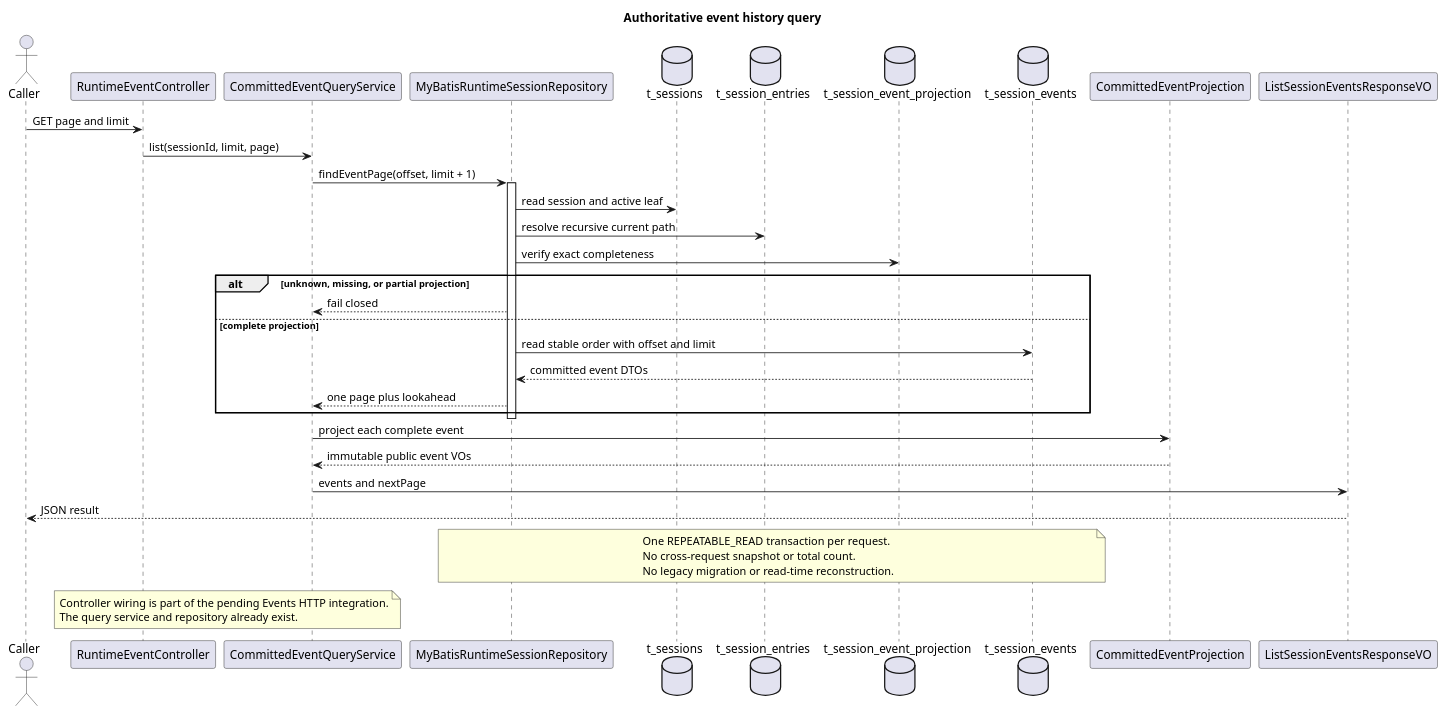
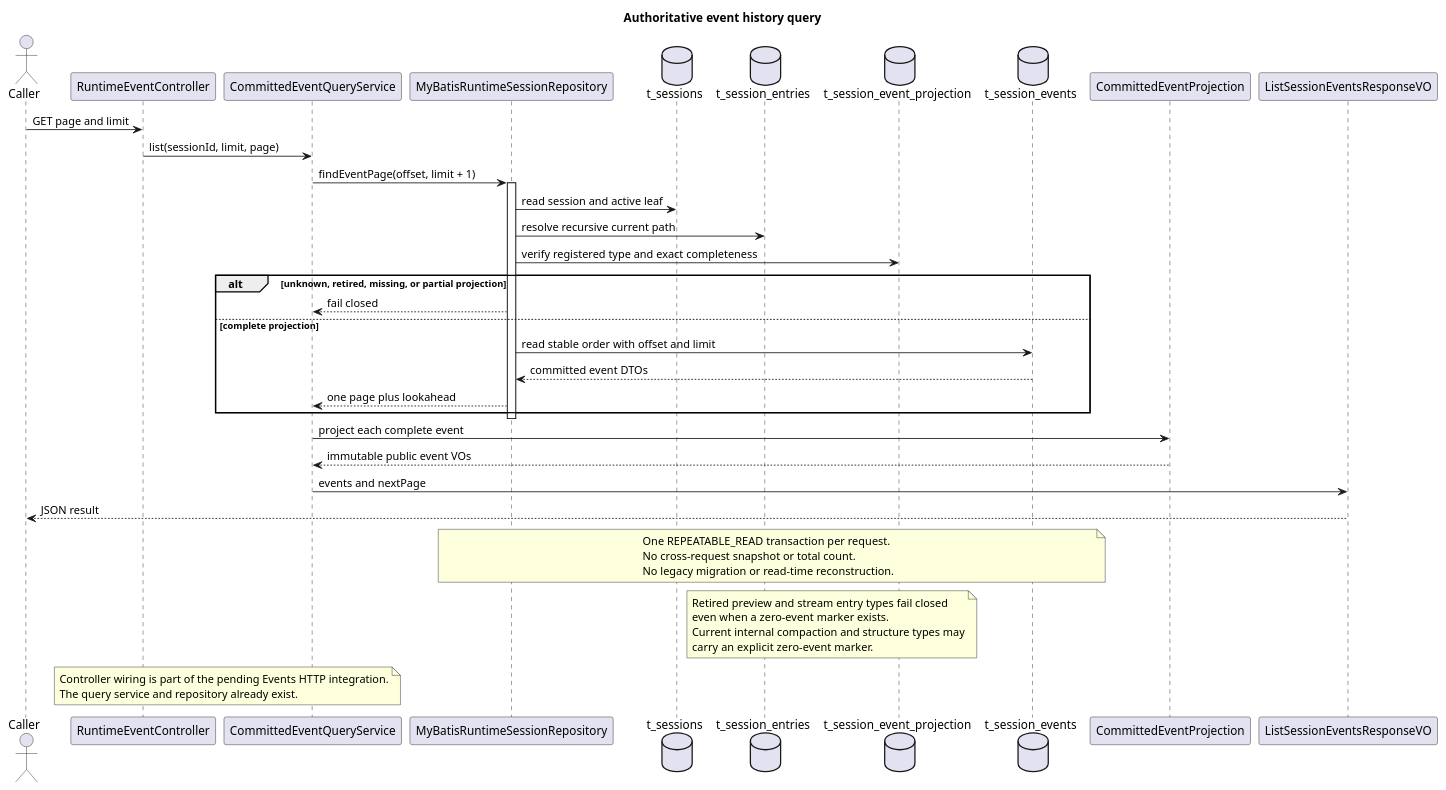
One commit to 2862282695gjh-afk/pi-mono-java changed the diagram in docs/designs/runtime-event-history-v2/diagram.puml. Above: the diagram before and after it, drawn with PlantUML. The commit also changed 3 other files, not shown here.

```diff
--- a/docs/designs/runtime-event-history-v2/diagram.puml
+++ b/docs/designs/runtime-event-history-v2/diagram.puml
@@ -1,56 +1,62 @@
 @startuml query_pipeline
 title Authoritative event history query
-' Source baseline: pi-mono-java 17f91e20
+' Source baseline: pi-mono-java 69b8ced3 plus change ab0f2637
 ' Source: modules/coding-agent-cli/src/main/java/com/campusclaw/codingagent/runtimeapi/event/CommittedEventQueryService.java#list
 ' Source: modules/coding-agent-cli/src/main/java/com/campusclaw/codingagent/runtimeapi/persistence/MyBatisRuntimeSessionRepository.java#findEventPage
 ' Source: modules/coding-agent-cli/src/main/resources/mapper/session/RuntimeSessionMapper.xml#countUnmappedCurrentBranchEntries
 ' Source: modules/coding-agent-cli/src/main/resources/db/gaussdb/install/session_schema.sql
 ' Observed behavior: current-version writers persist exact public-event markers atomically.
 ' Product constraint: the first release supports fresh installation only and has no legacy migration.
 ' Design reason: history reads fail closed on incomplete current-version projections.
 ' Pi baseline: 5cd93f688aaab89dbb6dfa4aca535f21796ae185
 ' Pi source: packages/agent/src/agent-loop.ts#runAgentLoop
 ' Pi source: packages/agent/src/agent-loop.ts#prepareToolCall
 ' Java divergence: pi has no CampusClaw current-branch HTTP history store.
 ' Target integration: the Controller delegates to the current query service only after the Events HTTP switch.
 actor Caller
 participant RuntimeEventController
 participant CommittedEventQueryService
 participant MyBatisRuntimeSessionRepository
 database t_sessions
 database t_session_entries
 database t_session_event_projection
 database t_session_events
 participant CommittedEventProjection
 participant ListSessionEventsResponseVO
 
 Caller -> RuntimeEventController : GET page and limit
 RuntimeEventController -> CommittedEventQueryService : list(sessionId, limit, page)
 CommittedEventQueryService -> MyBatisRuntimeSessionRepository : findEventPage(offset, limit + 1)
 activate MyBatisRuntimeSessionRepository
 MyBatisRuntimeSessionRepository -> t_sessions : read session and active leaf
 MyBatisRuntimeSessionRepository -> t_session_entries : resolve recursive current path
-MyBatisRuntimeSessionRepository -> t_session_event_projection : verify exact completeness
-alt unknown, missing, or partial projection
+MyBatisRuntimeSessionRepository -> t_session_event_projection : verify registered type and exact completeness
+alt unknown, retired, missing, or partial projection
   MyBatisRuntimeSessionRepository --> CommittedEventQueryService : fail closed
 else complete projection
   MyBatisRuntimeSessionRepository -> t_session_events : read stable order with offset and limit
   t_session_events --> MyBatisRuntimeSessionRepository : committed event DTOs
   MyBatisRuntimeSessionRepository --> CommittedEventQueryService : one page plus lookahead
 end
 deactivate MyBatisRuntimeSessionRepository
 CommittedEventQueryService -> CommittedEventProjection : project each complete event
 CommittedEventProjection --> CommittedEventQueryService : immutable public event VOs
 CommittedEventQueryService -> ListSessionEventsResponseVO : events and nextPage
 ListSessionEventsResponseVO --> Caller : JSON result
 
 note over MyBatisRuntimeSessionRepository,t_session_events
   One REPEATABLE_READ transaction per request.
   No cross-request snapshot or total count.
   No legacy migration or read-time reconstruction.
 end note
+note over t_session_entries,t_session_event_projection
+  Retired preview and stream entry types fail closed
+  even when a zero-event marker exists.
+  Current internal compaction and structure types may
+  carry an explicit zero-event marker.
+end note
 note over RuntimeEventController,CommittedEventQueryService
   Controller wiring is part of the pending Events HTTP integration.
   The query service and repository already exist.
 end note
 @enduml
```
